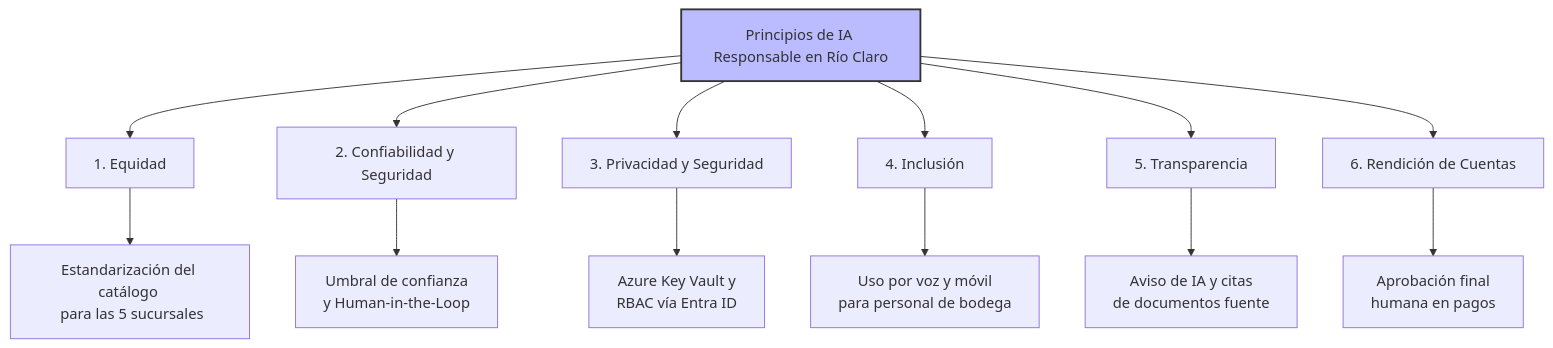
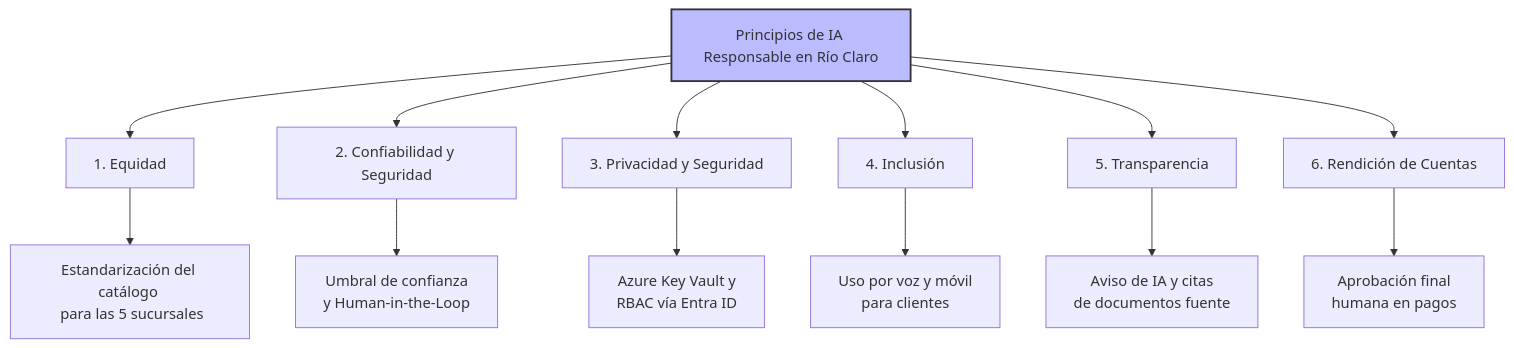
One commit to Vanitronic/Rio-Claro changed the second of 2 diagrams in README.md. Above: the diagram before and after it, drawn with Mermaid. The commit also changed other lines of this file and 40 other files, not shown here.

````diff
--- a/README.md
+++ b/README.md
@@ -93,18 +92,18 @@
 ```mermaid
     graph TD
     A[Principios de IA Responsable en Río Claro] --> B[1. Equidad]
     A --> C[2. Confiabilidad y Seguridad]
     A --> D[3. Privacidad y Seguridad]
     A --> E[4. Inclusión]
     A --> F[5. Transparencia]
     A --> G[6. Rendición de Cuentas]
 
     B --> B1[Estandarización del catálogo <br/> para las 5 sucursales]
     C --> C1[Umbral de confianza <br/> y Human-in-the-Loop]
     D --> D1[Azure Key Vault y <br/> RBAC vía Entra ID]
-    E --> E1[Uso por voz y móvil <br/> para personal de bodega]
+    E --> E1[Uso por voz y móvil <br/> para clientes]
     F --> F1[Aviso de IA y citas <br/> de documentos fuente]
     G --> G1[Aprobación final <br/> humana en pagos]
 
     style A fill:#bbf,stroke:#333,stroke-width:2px
 ```
````
